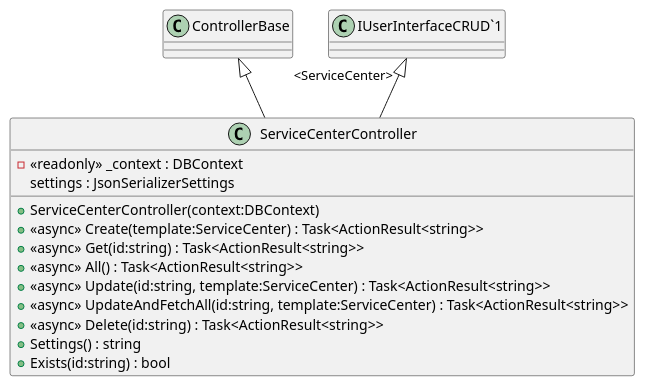
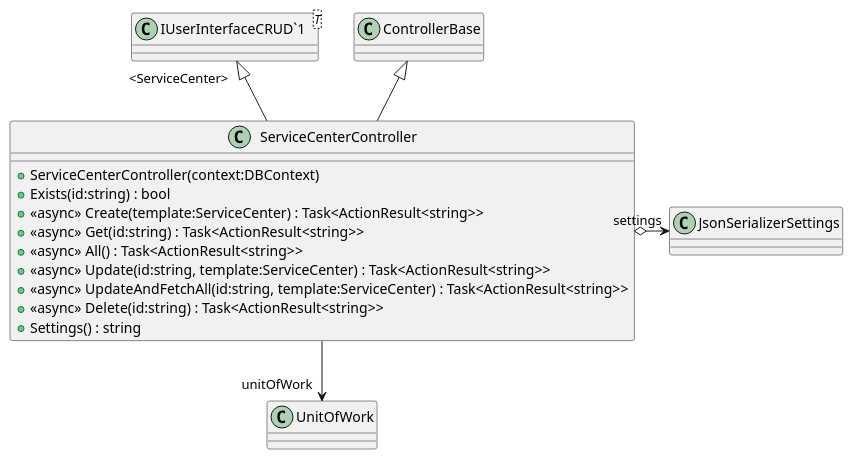
Before and after one commit to timothxy/ICT2106_P3_Project: the diagram in YouthActionDotNet/UML/Controllers/ServiceCenterController.puml, drawn with PlantUML. The commit also changed 31 other files, not shown here.

Commit message:
update uml

```diff
--- a/YouthActionDotNet/UML/Controllers/ServiceCenterController.puml
+++ b/YouthActionDotNet/UML/Controllers/ServiceCenterController.puml
@@ -1,17 +1,19 @@
 @startuml
 class ServiceCenterController {
-    - <<readonly>> _context : DBContext
-    settings : JsonSerializerSettings
     + ServiceCenterController(context:DBContext)
+    + Exists(id:string) : bool
     + <<async>> Create(template:ServiceCenter) : Task<ActionResult<string>>
     + <<async>> Get(id:string) : Task<ActionResult<string>>
     + <<async>> All() : Task<ActionResult<string>>
     + <<async>> Update(id:string, template:ServiceCenter) : Task<ActionResult<string>>
     + <<async>> UpdateAndFetchAll(id:string, template:ServiceCenter) : Task<ActionResult<string>>
     + <<async>> Delete(id:string) : Task<ActionResult<string>>
     + Settings() : string
-    + Exists(id:string) : bool
+}
+class "IUserInterfaceCRUD`1"<T> {
 }
 ControllerBase <|-- ServiceCenterController
 "IUserInterfaceCRUD`1" "<ServiceCenter>" <|-- ServiceCenterController
+ServiceCenterController --> "unitOfWork" UnitOfWork
+ServiceCenterController o-> "settings" JsonSerializerSettings
 @enduml
```
